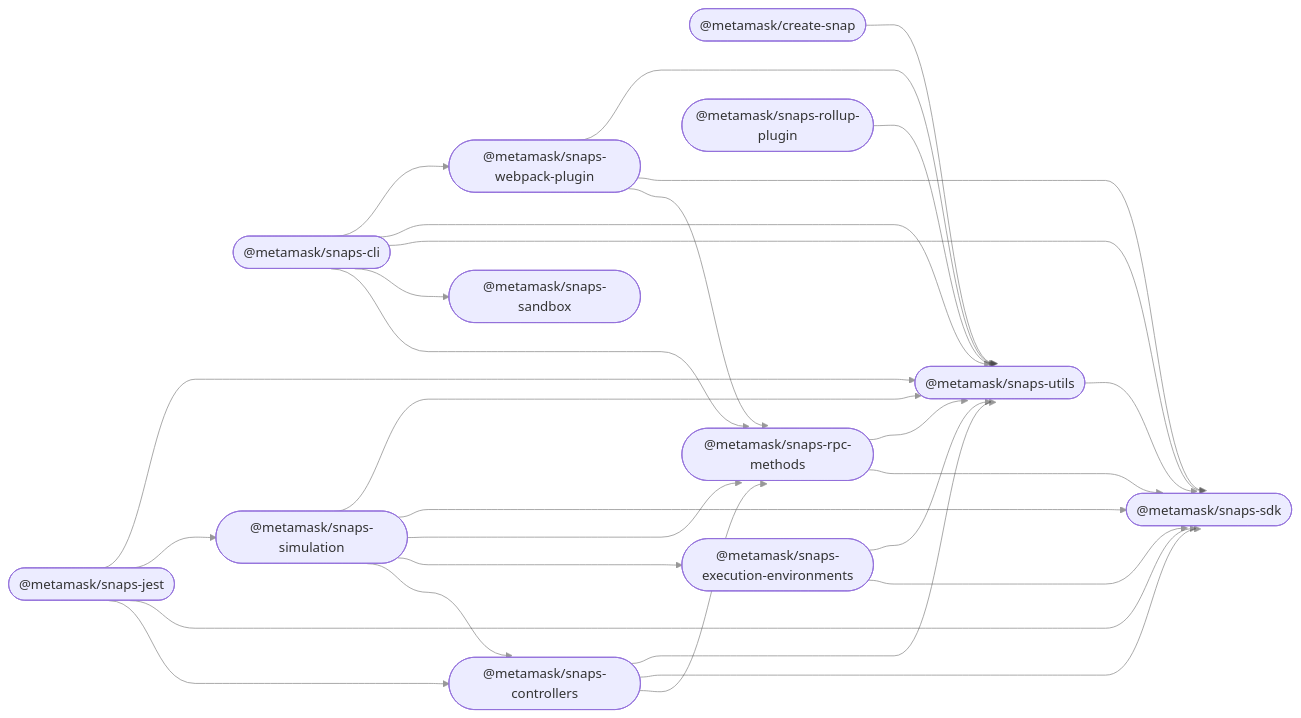
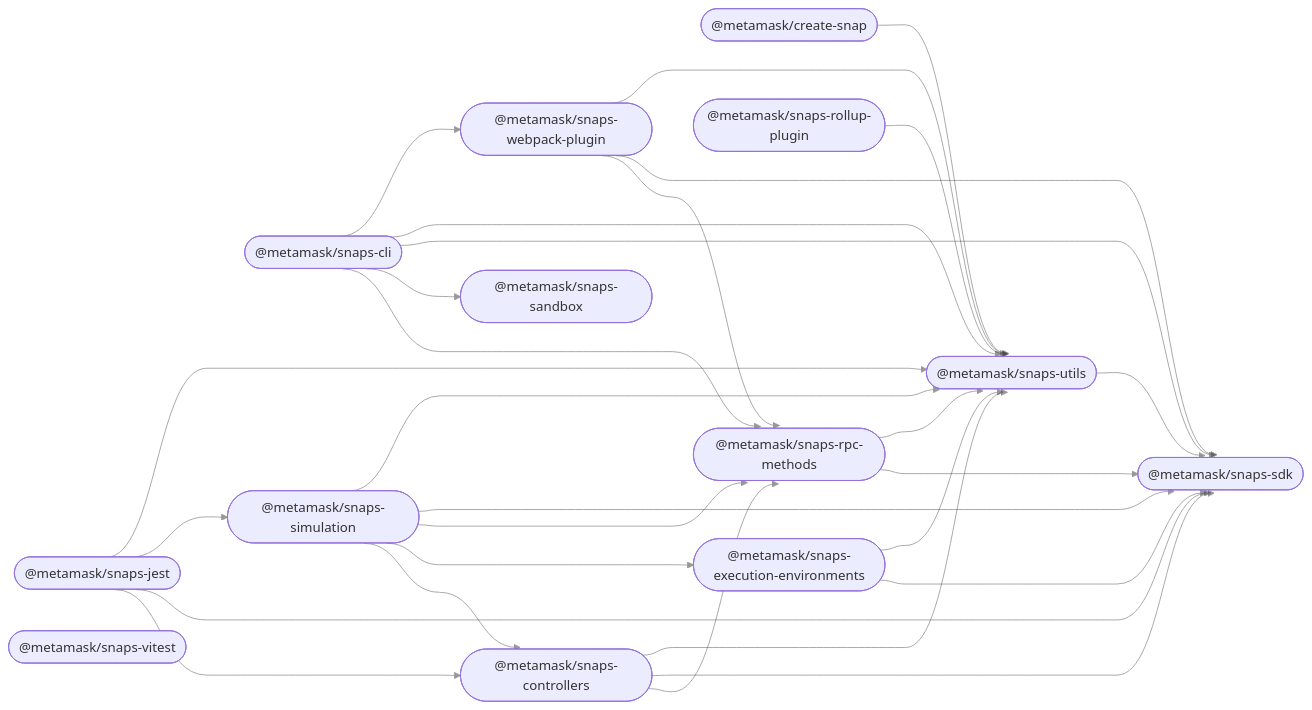
The diagram in README.md (MetaMask/snaps), drawn with Mermaid before and after one commit. The commit also changed other lines of this file and 16 other files, not shown here.

Commit message:
feat(snaps-vitest): scaffold package

````diff
--- a/README.md
+++ b/README.md
@@ -31,44 +32,45 @@
 ```mermaid
 %%{ init: { 'flowchart': { 'curve': 'bumpX' } } }%%
 graph LR;
 linkStyle default opacity:0.5
   create_snap(["@metamask/create-snap"]);
   snaps_cli(["@metamask/snaps-cli"]);
   snaps_controllers(["@metamask/snaps-controllers"]);
   snaps_execution_environments(["@metamask/snaps-execution-environments"]);
   snaps_jest(["@metamask/snaps-jest"]);
   snaps_rollup_plugin(["@metamask/snaps-rollup-plugin"]);
   snaps_rpc_methods(["@metamask/snaps-rpc-methods"]);
   snaps_sandbox(["@metamask/snaps-sandbox"]);
   snaps_sdk(["@metamask/snaps-sdk"]);
   snaps_simulation(["@metamask/snaps-simulation"]);
   snaps_utils(["@metamask/snaps-utils"]);
+  snaps_vitest(["@metamask/snaps-vitest"]);
   snaps_webpack_plugin(["@metamask/snaps-webpack-plugin"]);
   create_snap --> snaps_utils;
   snaps_cli --> snaps_rpc_methods;
   snaps_cli --> snaps_sandbox;
   snaps_cli --> snaps_sdk;
   snaps_cli --> snaps_utils;
   snaps_cli --> snaps_webpack_plugin;
   snaps_controllers --> snaps_rpc_methods;
   snaps_controllers --> snaps_sdk;
   snaps_controllers --> snaps_utils;
   snaps_execution_environments --> snaps_sdk;
   snaps_execution_environments --> snaps_utils;
   snaps_jest --> snaps_controllers;
   snaps_jest --> snaps_sdk;
   snaps_jest --> snaps_simulation;
   snaps_jest --> snaps_utils;
   snaps_rollup_plugin --> snaps_utils;
   snaps_rpc_methods --> snaps_sdk;
   snaps_rpc_methods --> snaps_utils;
   snaps_simulation --> snaps_controllers;
   snaps_simulation --> snaps_execution_environments;
   snaps_simulation --> snaps_rpc_methods;
   snaps_simulation --> snaps_sdk;
   snaps_simulation --> snaps_utils;
   snaps_utils --> snaps_sdk;
   snaps_webpack_plugin --> snaps_rpc_methods;
   snaps_webpack_plugin --> snaps_sdk;
   snaps_webpack_plugin --> snaps_utils;
 ```
````
